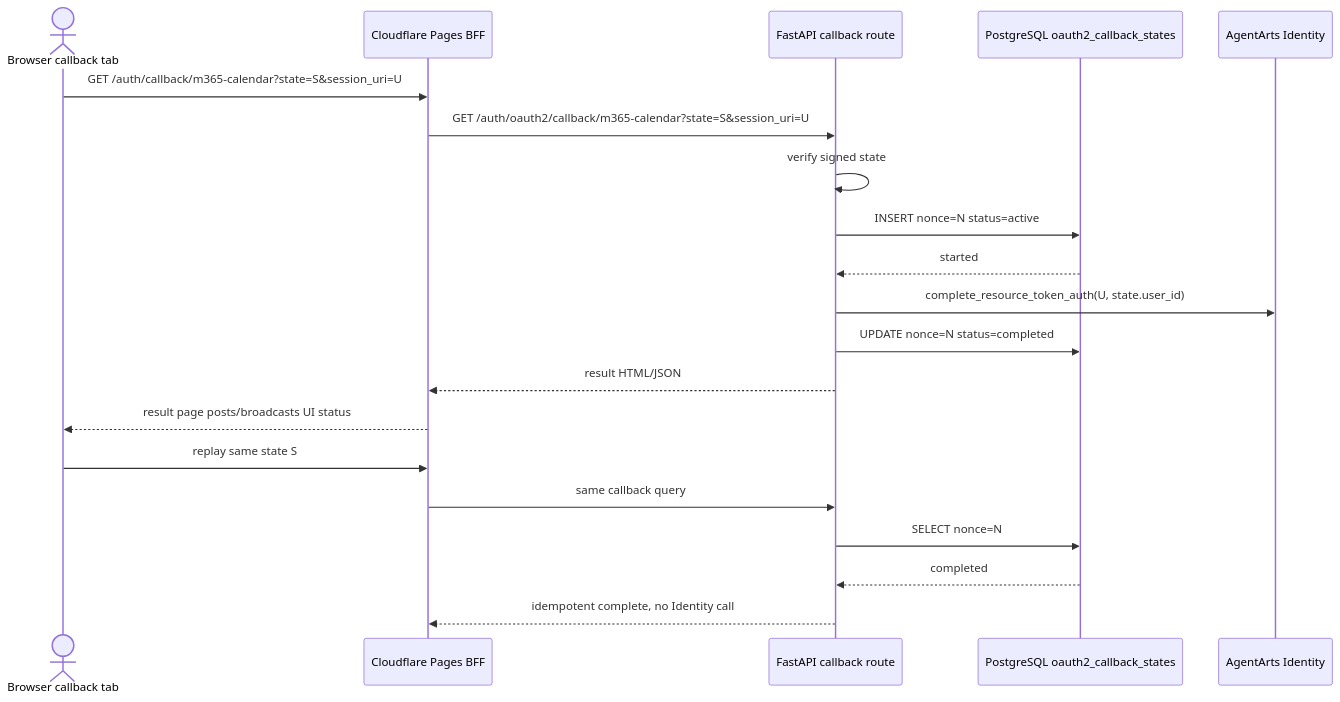
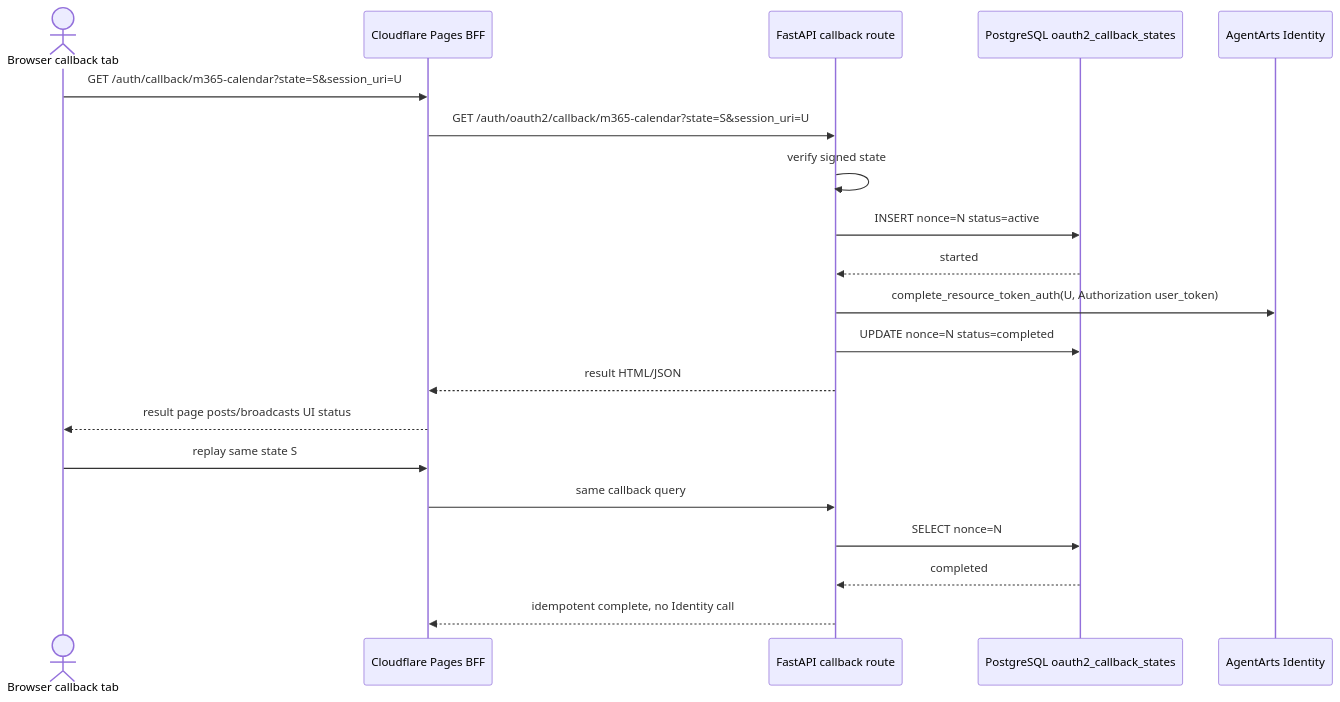
One commit to T-1009/personal-assistant changed the diagram in personal-assistant-meta/issues/bugs/bug-20-oauth2-state-replay-protection-not-enforced/issue.md. Above: the diagram before and after it, drawn with Mermaid. The commit also changed 9 other files, not shown here.

Commit message:
Use user token for calendar OAuth callback complete

````diff
--- a/personal-assistant-meta/issues/bugs/bug-20-oauth2-state-replay-protection-not-enforced/issue.md
+++ b/personal-assistant-meta/issues/bugs/bug-20-oauth2-state-replay-protection-not-enforced/issue.md
@@ -43,24 +43,24 @@
 ```mermaid
 sequenceDiagram
     actor Browser as Browser callback tab
     participant BFF as Cloudflare Pages BFF
     participant API as FastAPI callback route
     participant Store as PostgreSQL oauth2_callback_states
     participant IdSvc as AgentArts Identity
 
     Browser->>BFF: GET /auth/callback/m365-calendar?state=S&session_uri=U
     BFF->>API: GET /auth/oauth2/callback/m365-calendar?state=S&session_uri=U
     API->>API: verify signed state
     API->>Store: INSERT nonce=N status=active
     Store-->>API: started
-    API->>IdSvc: complete_resource_token_auth(U, state.user_id)
+    API->>IdSvc: complete_resource_token_auth(U, Authorization user_token)
     API->>Store: UPDATE nonce=N status=completed
     API-->>BFF: result HTML/JSON
     BFF-->>Browser: result page posts/broadcasts UI status
 
     Browser->>BFF: replay same state S
     BFF->>API: same callback query
     API->>Store: SELECT nonce=N
     Store-->>API: completed
     API-->>BFF: idempotent complete, no Identity call
 ```
````
